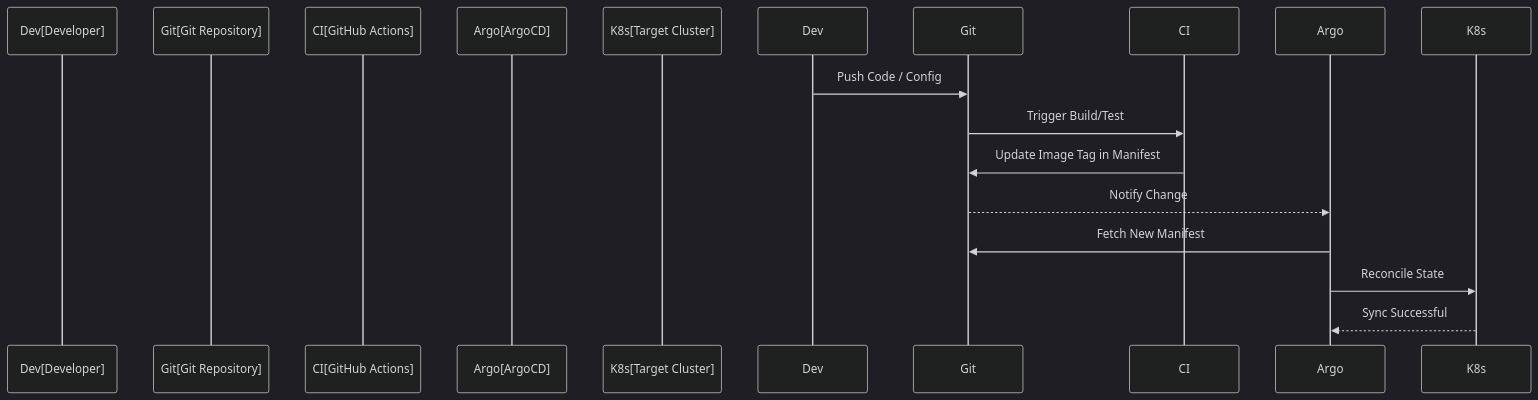
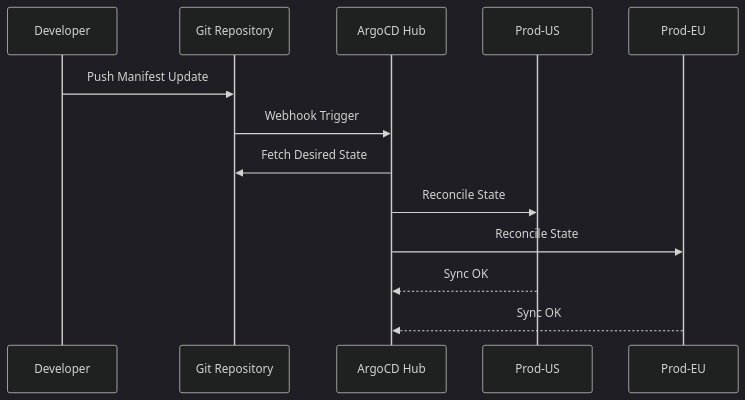
Before and after one commit to Devopstrio/hybrid-kubernetes-pattern: the third of 10 diagrams in README.md, drawn with Mermaid (dark theme). The commit also changed other lines of this file, not shown here.

Commit message:
docs: upgrade README to institutional-grade reference architecture style

````diff
--- a/README.md
+++ b/README.md
@@ -115,16 +114,16 @@
 ```mermaid
 sequenceDiagram
-    participant Dev[Developer]
-    participant Git[Git Repository]
-    participant CI[GitHub Actions]
-    participant Argo[ArgoCD]
-    participant K8s[Target Cluster]
+    participant Dev as Developer
+    participant Git as Git Repository
+    participant Argo as ArgoCD Hub
+    participant ClusterA as Prod-US
+    participant ClusterB as Prod-EU
 
-    Dev->>Git: Push Code / Config
-    Git->>CI: Trigger Build/Test
-    CI->>Git: Update Image Tag in Manifest
-    Git-->>Argo: Notify Change
-    Argo->>Git: Fetch New Manifest
-    Argo->>K8s: Reconcile State
-    K8s-->>Argo: Sync Successful
+    Dev->>Git: Push Manifest Update
+    Git->>Argo: Webhook Trigger
+    Argo->>Git: Fetch Desired State
+    Argo->>ClusterA: Reconcile State
+    Argo->>ClusterB: Reconcile State
+    ClusterA-->>Argo: Sync OK
+    ClusterB-->>Argo: Sync OK
 ```
````
